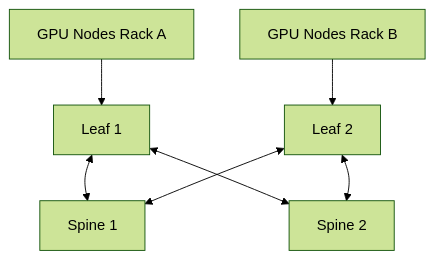
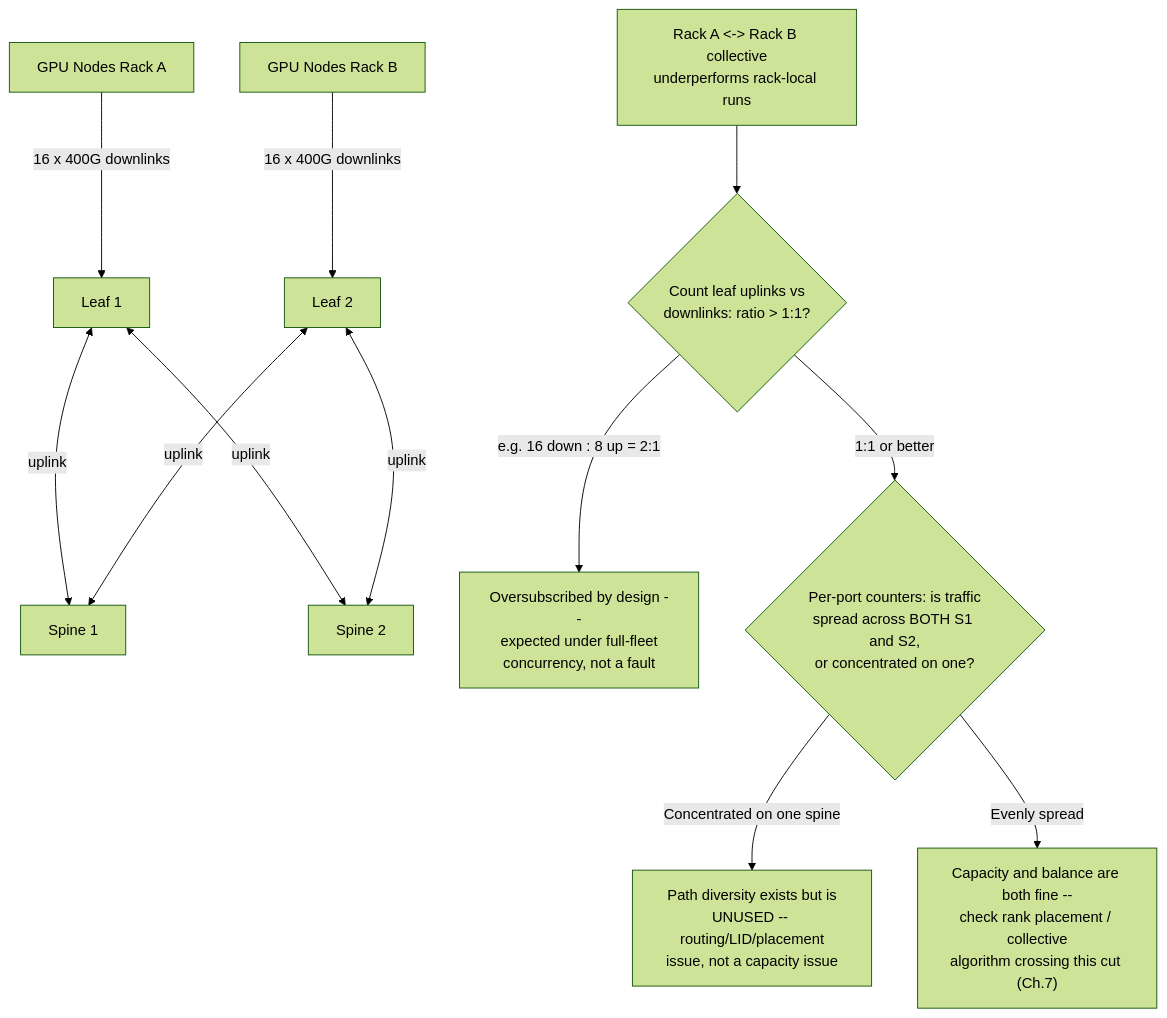
One commit to jithinpnjm/nvidia-devops changed the first of 3 diagrams in docs/nvidia-zero-to-hero/volume-08/chapter-06-routing-topologies-and-oversubscription.md. Above: the diagram before and after it, drawn with Mermaid (forest theme). The commit also changed other lines of this file, not shown here.

````diff
--- a/docs/nvidia-zero-to-hero/volume-08/chapter-06-routing-topologies-and-oversubscription.md
+++ b/docs/nvidia-zero-to-hero/volume-08/chapter-06-routing-topologies-and-oversubscription.md
@@ -50,16 +50,15 @@
 ```mermaid
 flowchart TB
-    N1[GPU Nodes Rack A]
-    N2[GPU Nodes Rack B]
-    L1[Leaf 1]
-    L2[Leaf 2]
-    S1[Spine 1]
-    S2[Spine 2]
+    N1[GPU Nodes Rack A] -->|"16 x 400G downlinks"| L1[Leaf 1]
+    N2[GPU Nodes Rack B] -->|"16 x 400G downlinks"| L2[Leaf 2]
+    L1 <-->|"uplink"| S1[Spine 1]
+    L1 <-->|"uplink"| S2[Spine 2]
+    L2 <-->|"uplink"| S1
+    L2 <-->|"uplink"| S2
 
-    N1 --> L1
-    N2 --> L2
-    L1 <--> S1
-    L1 <--> S2
-    L2 <--> S1
-    L2 <--> S2
+    Sym["Rack A <-> Rack B collective<br/>underperforms rack-local runs"] --> Q1{"Count leaf uplinks vs<br/>downlinks: ratio > 1:1?"}
+    Q1 -->|"e.g. 16 down : 8 up = 2:1"| A1["Oversubscribed by design --<br/>expected under full-fleet<br/>concurrency, not a fault"]
+    Q1 -->|"1:1 or better"| Q2{"Per-port counters: is traffic<br/>spread across BOTH S1 and S2,<br/>or concentrated on one?"}
+    Q2 -->|"Concentrated on one spine"| A2["Path diversity exists but is<br/>UNUSED -- routing/LID/placement<br/>issue, not a capacity issue"]
+    Q2 -->|"Evenly spread"| A3["Capacity and balance are both fine --<br/>check rank placement / collective<br/>algorithm crossing this cut (Ch.7)"]
 ```
````
